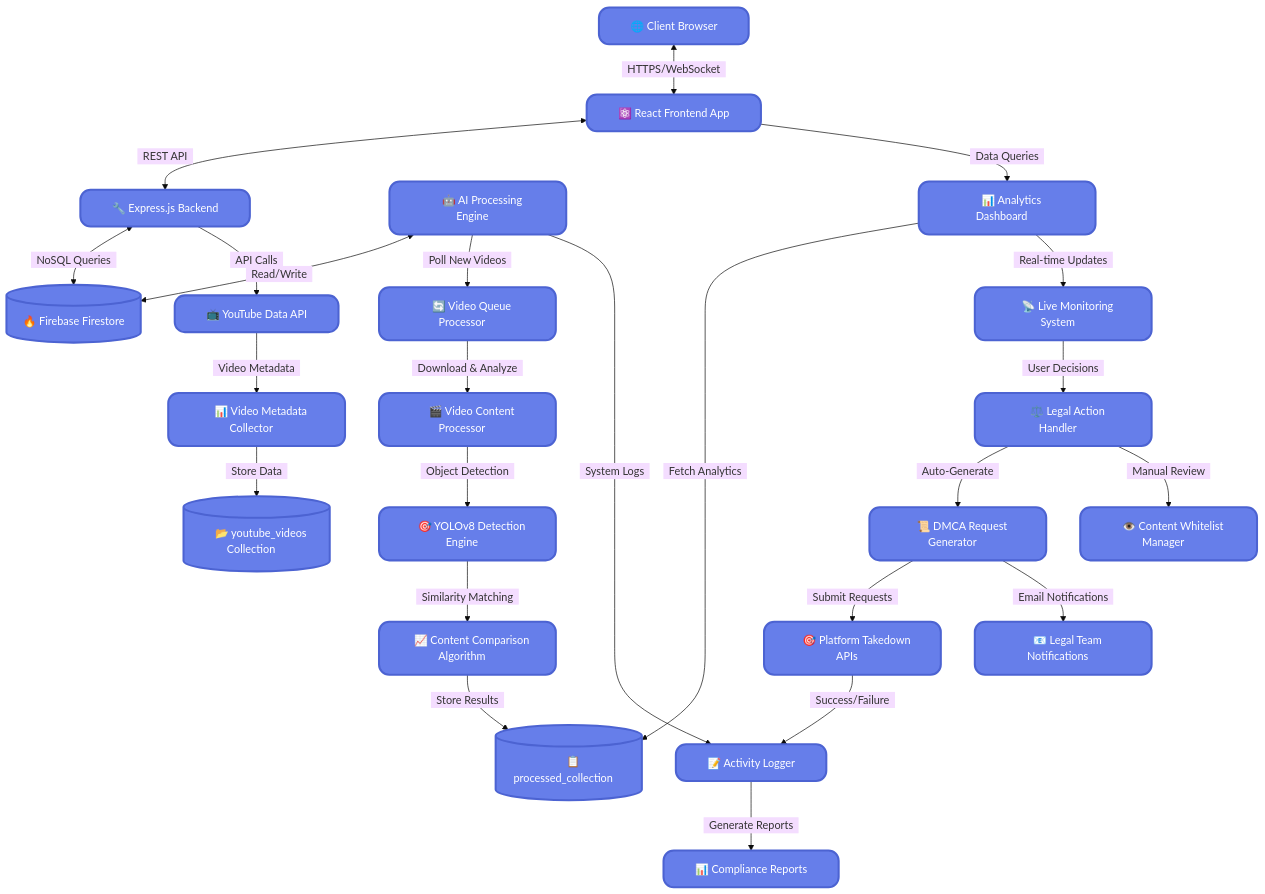
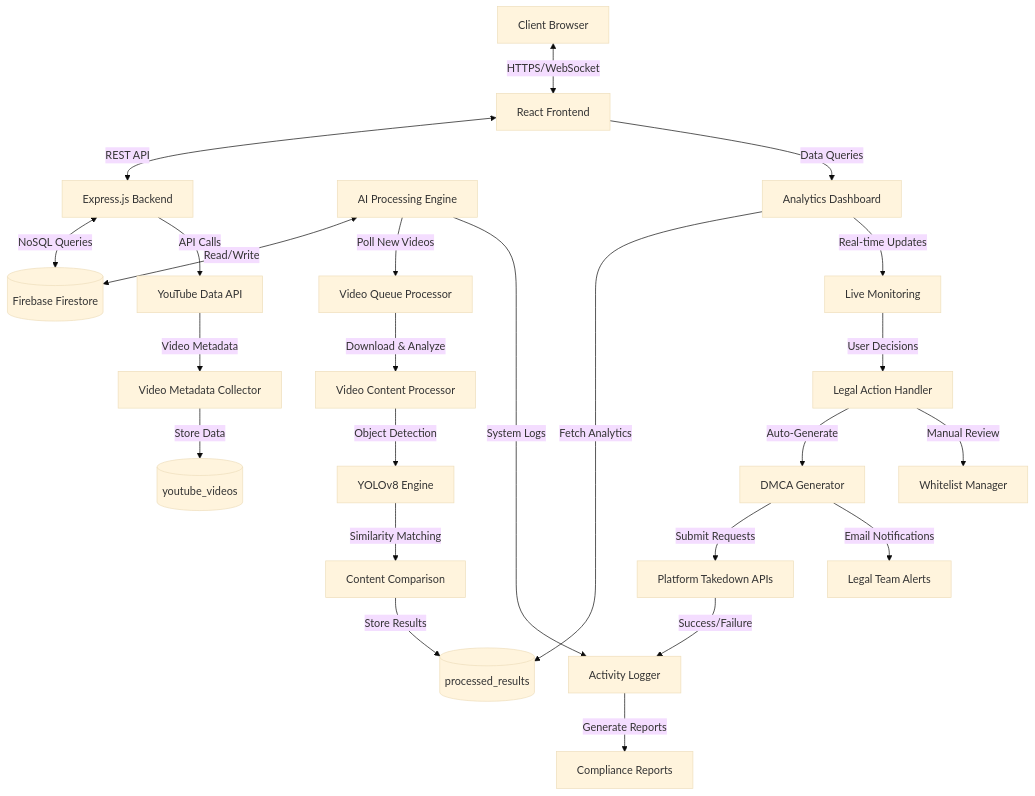
The second of 2 diagrams in README.md (sktigpta/Secure-Rights), drawn with Mermaid (base theme) before and after one commit. The commit also changed other lines of this file, not shown here.

````diff
--- a/README.md
+++ b/README.md
@@ -190,49 +191,51 @@
 ```mermaid
 flowchart TD
-    %% Frontend Layer
-    A["&nbsp;&nbsp;&nbsp;&nbsp;🌐 Client Browser&nbsp;&nbsp;&nbsp;&nbsp;"] <-->|"&nbsp;&nbsp;HTTPS/WebSocket&nbsp;&nbsp;"| B["&nbsp;&nbsp;&nbsp;&nbsp;⚛️ React Frontend App&nbsp;&nbsp;&nbsp;&nbsp;"]
+    %% Layer 1: Client-Server Communication
+    A[Client Browser] <-->|HTTPS/WebSocket| B[React Frontend]
+    B <-->|REST API| C[Express.js Backend]
+    C <-->|NoSQL Queries| D[(Firebase Firestore)]
     
-    %% Backend Communication
-    B <-->|"&nbsp;&nbsp;REST API&nbsp;&nbsp;"| C["&nbsp;&nbsp;&nbsp;&nbsp;🔧 Express.js Backend&nbsp;&nbsp;&nbsp;&nbsp;"]
-    C <-->|"&nbsp;&nbsp;NoSQL Queries&nbsp;&nbsp;"| D[("&nbsp;&nbsp;&nbsp;&nbsp;🔥 Firebase Firestore&nbsp;&nbsp;&nbsp;&nbsp;")]
+    %% Layer 2: Data Collection
+    C -->|API Calls| E[YouTube Data API]
+    E -->|Video Metadata| F[Video Metadata Collector]
+    F -->|Store Data| G[(youtube_videos)]
     
-    %% External API Integration
-    C -->|"&nbsp;&nbsp;API Calls&nbsp;&nbsp;"| E["&nbsp;&nbsp;&nbsp;&nbsp;📺 YouTube Data API&nbsp;&nbsp;&nbsp;&nbsp;"]
-    E -->|"&nbsp;&nbsp;Video Metadata&nbsp;&nbsp;"| F["&nbsp;&nbsp;&nbsp;&nbsp;📊 Video Metadata Collector&nbsp;&nbsp;&nbsp;&nbsp;"]
-    F -->|"&nbsp;&nbsp;Store Data&nbsp;&nbsp;"| G[("&nbsp;&nbsp;&nbsp;&nbsp;📂 youtube_videos Collection&nbsp;&nbsp;&nbsp;&nbsp;")]
+    %% Layer 3: AI Processing
+    H[AI Processing Engine] <-->|Read/Write| D
+    H -->|Poll New Videos| I[Video Queue Processor]
+    I -->|Download & Analyze| J[Video Content Processor]
+    J -->|Object Detection| K[YOLOv8 Engine]
+    K -->|Similarity Matching| L[Content Comparison]
+    L -->|Store Results| M[(processed_results)]
     
-    %% AI Processing Pipeline
-    H["&nbsp;&nbsp;&nbsp;&nbsp;🤖 AI Processing Engine&nbsp;&nbsp;&nbsp;&nbsp;"] <-->|"&nbsp;&nbsp;Read/Write&nbsp;&nbsp;"| D
-    H -->|"&nbsp;&nbsp;Poll New Videos&nbsp;&nbsp;"| I["&nbsp;&nbsp;&nbsp;&nbsp;🔄 Video Queue Processor&nbsp;&nbsp;&nbsp;&nbsp;"]
-    I -->|"&nbsp;&nbsp;Download & Analyze&nbsp;&nbsp;"| J["&nbsp;&nbsp;&nbsp;&nbsp;🎬 Video Content Processor&nbsp;&nbsp;&nbsp;&nbsp;"]
-    J -->|"&nbsp;&nbsp;Object Detection&nbsp;&nbsp;"| K["&nbsp;&nbsp;&nbsp;&nbsp;🎯 YOLOv8 Detection Engine&nbsp;&nbsp;&nbsp;&nbsp;"]
-    K -->|"&nbsp;&nbsp;Similarity Matching&nbsp;&nbsp;"| L["&nbsp;&nbsp;&nbsp;&nbsp;📈 Content Comparison Algorithm&nbsp;&nbsp;&nbsp;&nbsp;"]
-    L -->|"&nbsp;&nbsp;Store Results&nbsp;&nbsp;"| M[("&nbsp;&nbsp;&nbsp;&nbsp;📋 processed_collection&nbsp;&nbsp;&nbsp;&nbsp;")]
+    %% Layer 4: Analytics
+    B -->|Data Queries| N[Analytics Dashboard]
+    N -->|Fetch Analytics| M
+    N -->|Real-time Updates| O[Live Monitoring]
     
-    %% Dashboard & Visualization
-    B -->|"&nbsp;&nbsp;Data Queries&nbsp;&nbsp;"| N["&nbsp;&nbsp;&nbsp;&nbsp;📊 Analytics Dashboard&nbsp;&nbsp;&nbsp;&nbsp;"]
-    N -->|"&nbsp;&nbsp;Fetch Analytics&nbsp;&nbsp;"| M
-    N -->|"&nbsp;&nbsp;Real-time Updates&nbsp;&nbsp;"| O["&nbsp;&nbsp;&nbsp;&nbsp;📡 Live Monitoring System&nbsp;&nbsp;&nbsp;&nbsp;"]
+    %% Layer 5: Actions
+    O -->|User Decisions| P[Legal Action Handler]
+    P -->|Auto-Generate| Q[DMCA Generator]
+    P -->|Manual Review| R[Whitelist Manager]
     
-    %% User Actions & Automation
-    O -->|"&nbsp;&nbsp;User Decisions&nbsp;&nbsp;"| P["&nbsp;&nbsp;&nbsp;&nbsp;⚖️ Legal Action Handler&nbsp;&nbsp;&nbsp;&nbsp;"]
-    P -->|"&nbsp;&nbsp;Auto-Generate&nbsp;&nbsp;"| Q["&nbsp;&nbsp;&nbsp;&nbsp;📜 DMCA Request Generator&nbsp;&nbsp;&nbsp;&nbsp;"]
-    P -->|"&nbsp;&nbsp;Manual Review&nbsp;&nbsp;"| R["&nbsp;&nbsp;&nbsp;&nbsp;👁️ Content Whitelist Manager&nbsp;&nbsp;&nbsp;&nbsp;"]
+    %% Layer 6: External
+    Q -->|Submit Requests| S[Platform Takedown APIs]
+    Q -->|Email Notifications| T[Legal Team Alerts]
     
-    %% External Integrations
-    Q -->|"&nbsp;&nbsp;Submit Requests&nbsp;&nbsp;"| S["&nbsp;&nbsp;&nbsp;&nbsp;🎯 Platform Takedown APIs&nbsp;&nbsp;&nbsp;&nbsp;"]
-    Q -->|"&nbsp;&nbsp;Email Notifications&nbsp;&nbsp;"| T["&nbsp;&nbsp;&nbsp;&nbsp;📧 Legal Team Notifications&nbsp;&nbsp;&nbsp;&nbsp;"]
+    %% Layer 7: Monitoring
+    H -->|System Logs| U[Activity Logger]
+    S -->|Success/Failure| U
+    U -->|Generate Reports| V[Compliance Reports]
     
-    %% Monitoring & Logging
-    H -->|"&nbsp;&nbsp;System Logs&nbsp;&nbsp;"| U["&nbsp;&nbsp;&nbsp;&nbsp;📝 Activity Logger&nbsp;&nbsp;&nbsp;&nbsp;"]
-    S -->|"&nbsp;&nbsp;Success/Failure&nbsp;&nbsp;"| U
-    U -->|"&nbsp;&nbsp;Generate Reports&nbsp;&nbsp;"| V["&nbsp;&nbsp;&nbsp;&nbsp;📊 Compliance Reports&nbsp;&nbsp;&nbsp;&nbsp;"]
+    %% Styling
+    classDef frontend fill:#4A89DC,stroke:#3B7DDD,color:white
+    classDef backend fill:#967ADC,stroke:#7B5EC6,color:white
+    classDef database fill:#37BC9B,stroke:#2FA285,color:white
+    classDef api fill:#F6BB42,stroke:#E6A23C,color:black
+    classDef ai fill:#E9573F,stroke:#D9433A,color:white
+    classDef analytics fill:#3BAFDA,stroke:#2F96BA,color:white
+    classDef legal fill:#D770AD,stroke:#C45F9B,color:white
     
-    %% Elegant Uniform Styling with Rounded Corners
-    classDef default fill:#667eea,stroke:#4c63d2,stroke-width:3px,color:#fff,rx:15,ry:15
-    classDef database fill:#667eea,stroke:#4c63d2,stroke-width:3px,color:#fff,rx:20,ry:20
-    
-    %% Apply Styles to All Nodes
-    class A,B,C,E,F,H,I,J,K,L,N,O,P,Q,R,S,T,U,V default
-    class D,G,M database
+    %% Apply styles
+    class A,B front
 ```
````
